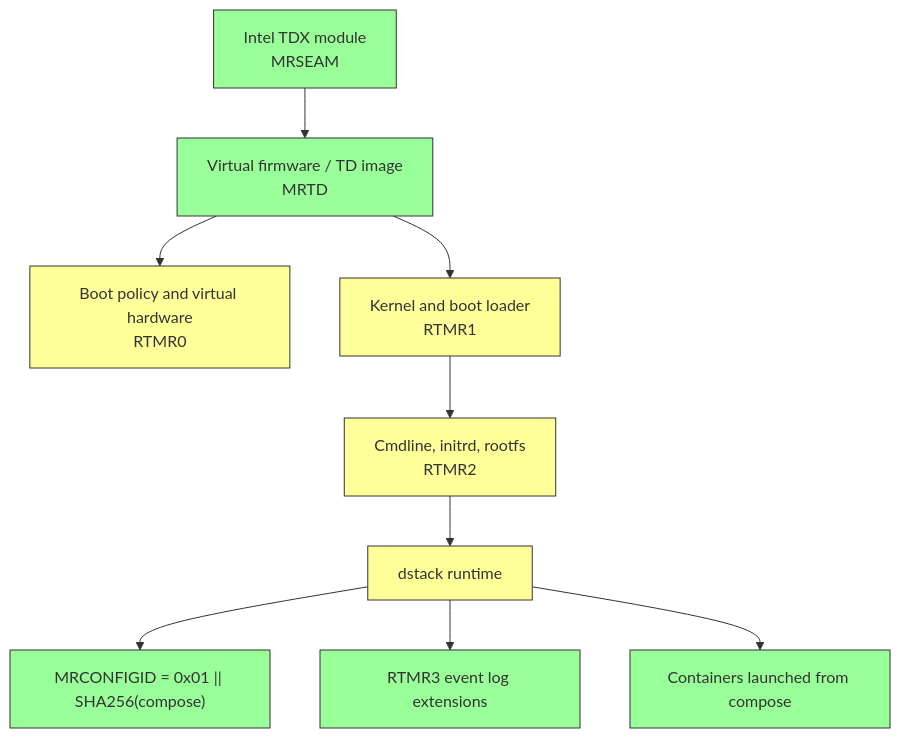
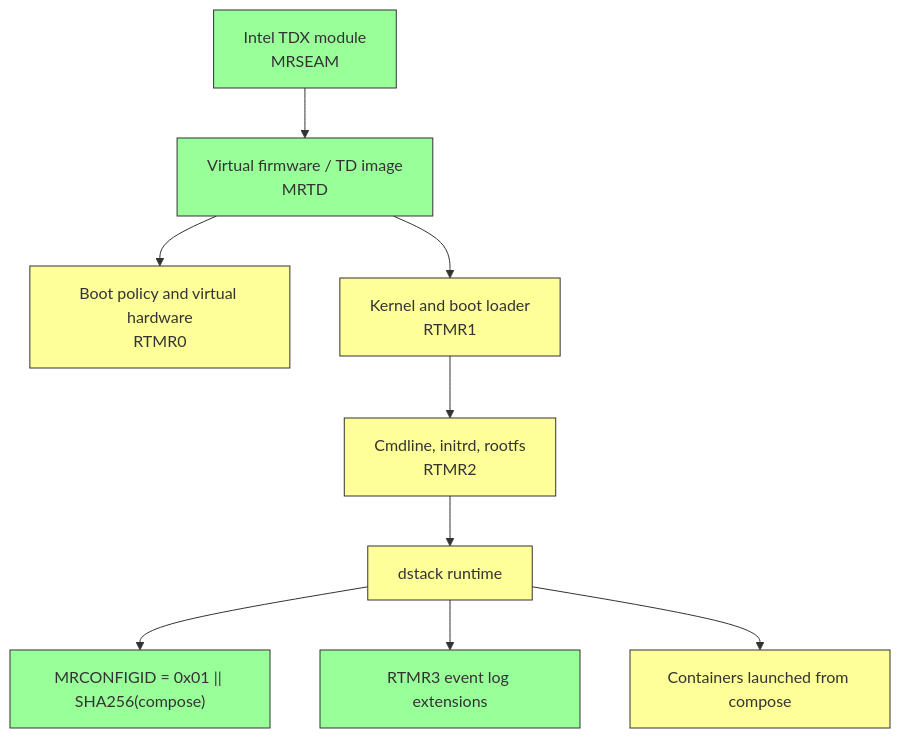
Before and after one commit to 13rac1/teep: the diagram in docs/attestation_gaps/dstack_integrity.md, drawn with Mermaid. The commit also changed other lines of this file, not shown here.

````diff
--- a/docs/attestation_gaps/dstack_integrity.md
+++ b/docs/attestation_gaps/dstack_integrity.md
@@ -79,21 +95,21 @@
 ```mermaid
 graph TD
     A["Intel TDX module\nMRSEAM"] --> B["Virtual firmware / TD image\nMRTD"]
     B --> C["Boot policy and virtual hardware\nRTMR0"]
     B --> D["Kernel and boot loader\nRTMR1"]
     D --> E["Cmdline, initrd, rootfs\nRTMR2"]
     E --> F["dstack runtime"]
     F --> G["MRCONFIGID = 0x01 || SHA256(compose)"]
     F --> H["RTMR3 event log extensions"]
     F --> I["Containers launched from compose"]
 
     style A fill:#9f9,stroke:#333
     style B fill:#9f9,stroke:#333
     style C fill:#ff9,stroke:#333
     style D fill:#ff9,stroke:#333
     style E fill:#ff9,stroke:#333
     style F fill:#ff9,stroke:#333
     style G fill:#9f9,stroke:#333
     style H fill:#9f9,stroke:#333
-    style I fill:#9f9,stroke:#333
+    style I fill:#ff9,stroke:#333
 ```
````
